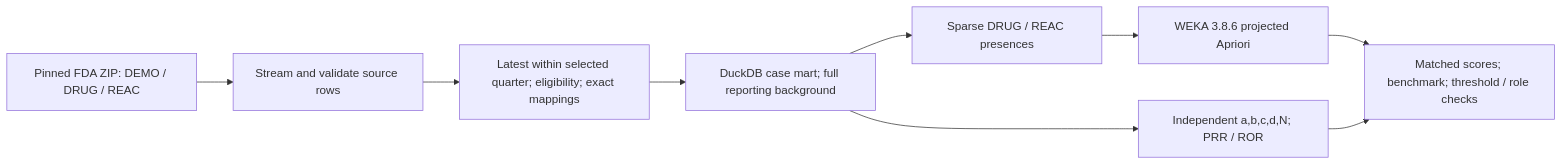
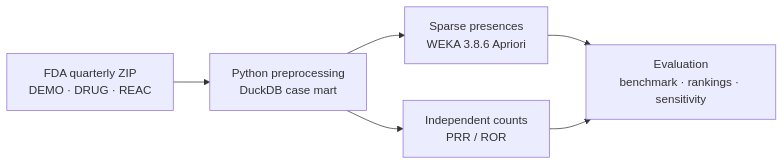
The diagram in README.md (sankalp-rajeev/FAERSight), drawn with Mermaid before and after one commit. The commit also changed other lines of this file, not shown here.

````diff
--- a/README.md
+++ b/README.md
@@ -38,11 +97,8 @@
 ```mermaid
 flowchart LR
-    A["Pinned FDA ZIP: DEMO / DRUG / REAC"] --> B["Stream and validate source rows"]
-    B --> C["Latest within selected quarter; eligibility; exact mappings"]
-    C --> D["DuckDB case mart; full reporting background"]
-    D --> E["Sparse DRUG / REAC presences"]
-    E --> F["WEKA 3.8.6 projected Apriori"]
-    D --> G["Independent a,b,c,d,N; PRR / ROR"]
-    F --> H["Matched scores; benchmark; threshold / role checks"]
-    G --> H
+    A["FDA quarterly ZIP<br/>DEMO · DRUG · REAC"] --> B["Python preprocessing<br/>DuckDB case mart"]
+    B --> C["Sparse presences<br/>WEKA 3.8.6 Apriori"]
+    B --> D["Independent counts<br/>PRR / ROR"]
+    C --> E["Evaluation<br/>benchmark · rankings · sensitivity"]
+    D --> E
 ```
````
